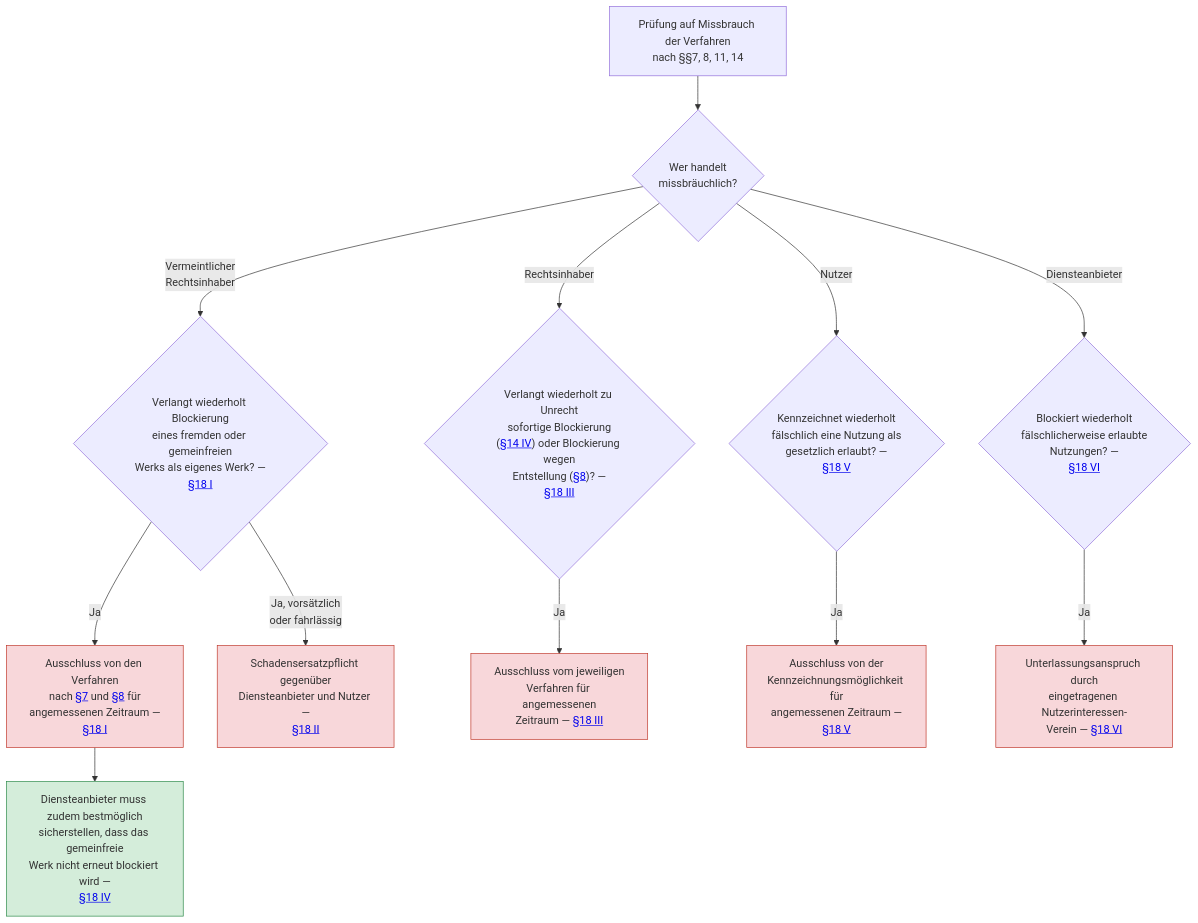
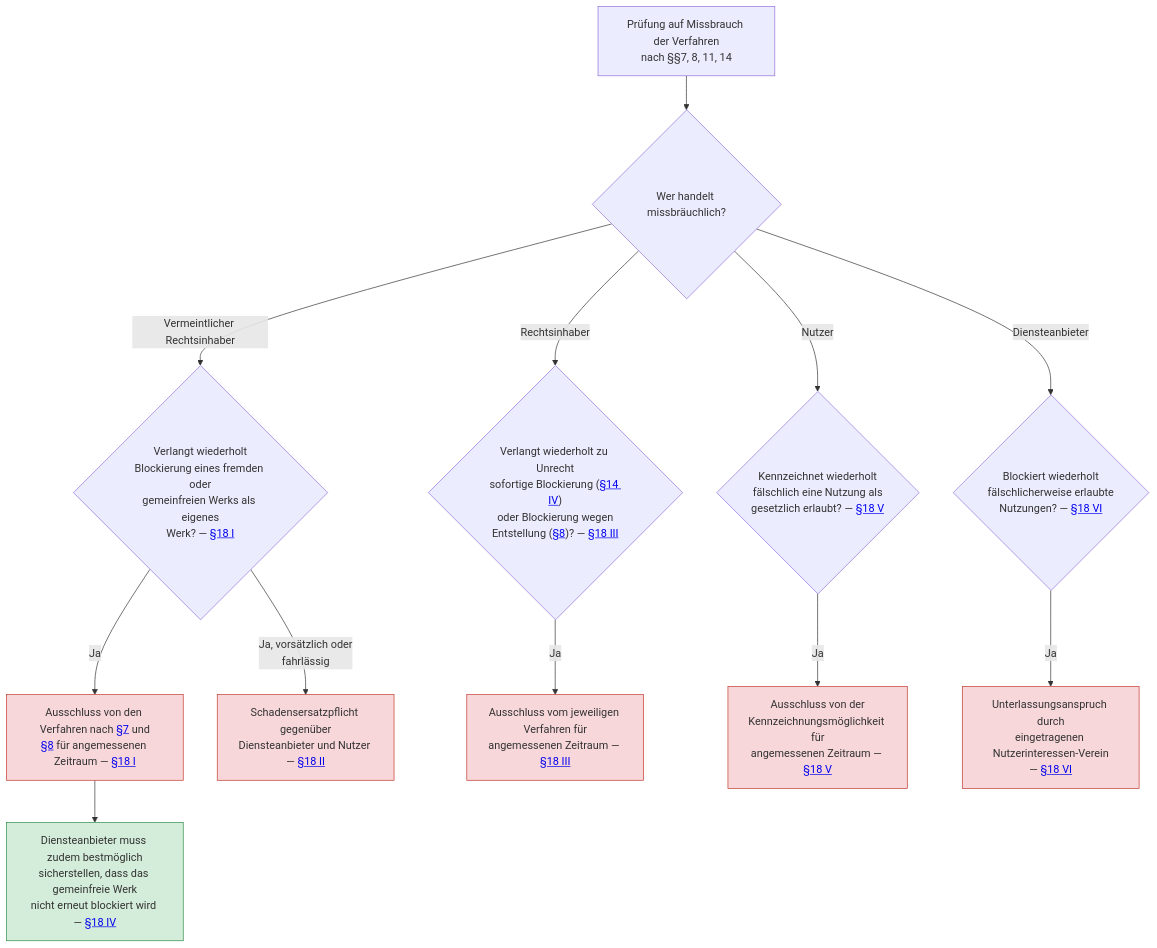
The diagram in src/content/ki-visualisierungen/UrhDaG/missbrauch.mmd (digitalservicebund/zfl-website), drawn with Mermaid before and after one commit. The commit also changed 167 other files, not shown here.

Commit message:
refactor(ki-visualisierungen): re-flow older charts

```diff
--- a/src/content/ki-visualisierungen/UrhDaG/missbrauch.mmd
+++ b/src/content/ki-visualisierungen/UrhDaG/missbrauch.mmd
@@ -1,26 +1,26 @@
 ---
 summary: "Ordnet den Missbrauchstatbeständen des UrhDaG die jeweils vorgesehenen Konsequenzen zu, je nachdem ob vermeintliche Rechtsinhaber, Rechtsinhaber, Nutzer oder der Diensteanbieter selbst missbräuchlich handeln."
 ---
 flowchart TD
-    A["Prüfung auf Missbrauch der Verfahren<br/>nach §§7, 8, 11, 14"] --> B{"Wer handelt<br/>missbräuchlich?"}
+    A["Prüfung auf Missbrauch der Verfahren<br/>nach §§7, 8, 11, 14"] --> B{"Wer handelt missbräuchlich?"}
 
-    B -->|"Vermeintlicher<br/>Rechtsinhaber"| C{"Verlangt wiederholt Blockierung<br/>eines fremden oder gemeinfreien<br/>Werks als eigenes Werk? —<br/><a href='{{ELI}}#art-z18_abs-z1' target='_blank' rel='noopener'>§18 I</a>"}
-    C -->|Ja| D["Ausschluss von den Verfahren<br/>nach <a href='{{ELI}}/art-z7' target='_blank' rel='noopener'>§7</a> und <a href='{{ELI}}/art-z8' target='_blank' rel='noopener'>§8</a> für<br/>angemessenen Zeitraum —<br/><a href='{{ELI}}#art-z18_abs-z1' target='_blank' rel='noopener'>§18 I</a>"]
-    D --> D2["Diensteanbieter muss zudem bestmöglich<br/>sicherstellen, dass das gemeinfreie<br/>Werk nicht erneut blockiert wird —<br/><a href='{{ELI}}#art-z18_abs-z4' target='_blank' rel='noopener'>§18 IV</a>"]
-    C -->|"Ja, vorsätzlich<br/>oder fahrlässig"| E["Schadensersatzpflicht gegenüber<br/>Diensteanbieter und Nutzer —<br/><a href='{{ELI}}#art-z18_abs-z2' target='_blank' rel='noopener'>§18 II</a>"]
+    B -->|"Vermeintlicher Rechtsinhaber"| C{"Verlangt wiederholt<br/>Blockierung eines fremden oder<br/>gemeinfreien Werks als eigenes<br/>Werk? — <a href='{{ELI}}#art-z18_abs-z1' target='_blank' rel='noopener'>§18 I</a>"}
+    C -->|Ja| D["Ausschluss von den Verfahren nach <a href='{{ELI}}/art-z7' target='_blank' rel='noopener'>§7</a> und<br/><a href='{{ELI}}/art-z8' target='_blank' rel='noopener'>§8</a> für angemessenen Zeitraum — <a href='{{ELI}}#art-z18_abs-z1' target='_blank' rel='noopener'>§18 I</a>"]
+    D --> D2["Diensteanbieter muss zudem bestmöglich<br/>sicherstellen, dass das gemeinfreie Werk<br/>nicht erneut blockiert wird — <a href='{{ELI}}#art-z18_abs-z4' target='_blank' rel='noopener'>§18 IV</a>"]
+    C -->|"Ja, vorsätzlich oder<br/>fahrlässig"| E["Schadensersatzpflicht gegenüber<br/>Diensteanbieter und Nutzer — <a href='{{ELI}}#art-z18_abs-z2' target='_blank' rel='noopener'>§18 II</a>"]
 
-    B -->|Rechtsinhaber| F{"Verlangt wiederholt zu Unrecht<br/>sofortige Blockierung<br/>(<a href='{{ELI}}#art-z14_abs-z4' target='_blank' rel='noopener'>§14 IV</a>) oder Blockierung wegen<br/>Entstellung (<a href='{{ELI}}/art-z8' target='_blank' rel='noopener'>§8</a>)? —<br/><a href='{{ELI}}#art-z18_abs-z3' target='_blank' rel='noopener'>§18 III</a>"}
-    F -->|Ja| G["Ausschluss vom jeweiligen<br/>Verfahren für angemessenen<br/>Zeitraum — <a href='{{ELI}}#art-z18_abs-z3' target='_blank' rel='noopener'>§18 III</a>"]
+    B -->|Rechtsinhaber| F{"Verlangt wiederholt zu Unrecht<br/>sofortige Blockierung (<a href='{{ELI}}#art-z14_abs-z4' target='_blank' rel='noopener'>§14 IV</a>)<br/>oder Blockierung wegen<br/>Entstellung (<a href='{{ELI}}/art-z8' target='_blank' rel='noopener'>§8</a>)? — <a href='{{ELI}}#art-z18_abs-z3' target='_blank' rel='noopener'>§18 III</a>"}
+    F -->|Ja| G["Ausschluss vom jeweiligen Verfahren für<br/>angemessenen Zeitraum — <a href='{{ELI}}#art-z18_abs-z3' target='_blank' rel='noopener'>§18 III</a>"]
 
-    B -->|Nutzer| H{"Kennzeichnet wiederholt<br/>fälschlich eine Nutzung als<br/>gesetzlich erlaubt? —<br/><a href='{{ELI}}#art-z18_abs-z5' target='_blank' rel='noopener'>§18 V</a>"}
-    H -->|Ja| I["Ausschluss von der<br/>Kennzeichnungsmöglichkeit für<br/>angemessenen Zeitraum —<br/><a href='{{ELI}}#art-z18_abs-z5' target='_blank' rel='noopener'>§18 V</a>"]
+    B -->|Nutzer| H{"Kennzeichnet wiederholt<br/>fälschlich eine Nutzung als<br/>gesetzlich erlaubt? — <a href='{{ELI}}#art-z18_abs-z5' target='_blank' rel='noopener'>§18 V</a>"}
+    H -->|Ja| I["Ausschluss von der<br/>Kennzeichnungsmöglichkeit für<br/>angemessenen Zeitraum — <a href='{{ELI}}#art-z18_abs-z5' target='_blank' rel='noopener'>§18 V</a>"]
 
-    B -->|Diensteanbieter| J{"Blockiert wiederholt<br/>fälschlicherweise erlaubte<br/>Nutzungen? —<br/><a href='{{ELI}}#art-z18_abs-z6' target='_blank' rel='noopener'>§18 VI</a>"}
-    J -->|Ja| K["Unterlassungsanspruch durch<br/>eingetragenen Nutzerinteressen-<br/>Verein — <a href='{{ELI}}#art-z18_abs-z6' target='_blank' rel='noopener'>§18 VI</a>"]
+    B -->|Diensteanbieter| J{"Blockiert wiederholt<br/>fälschlicherweise erlaubte<br/>Nutzungen? — <a href='{{ELI}}#art-z18_abs-z6' target='_blank' rel='noopener'>§18 VI</a>"}
+    J -->|Ja| K["Unterlassungsanspruch durch<br/>eingetragenen Nutzerinteressen-Verein<br/>— <a href='{{ELI}}#art-z18_abs-z6' target='_blank' rel='noopener'>§18 VI</a>"]
 
     style D2 fill:#d4edda,stroke:#2d8a4a
     style D fill:#f8d7da,stroke:#c0392b
     style E fill:#f8d7da,stroke:#c0392b
     style G fill:#f8d7da,stroke:#c0392b
     style I fill:#f8d7da,stroke:#c0392b
     style K fill:#f8d7da,stroke:#c0392b
```
